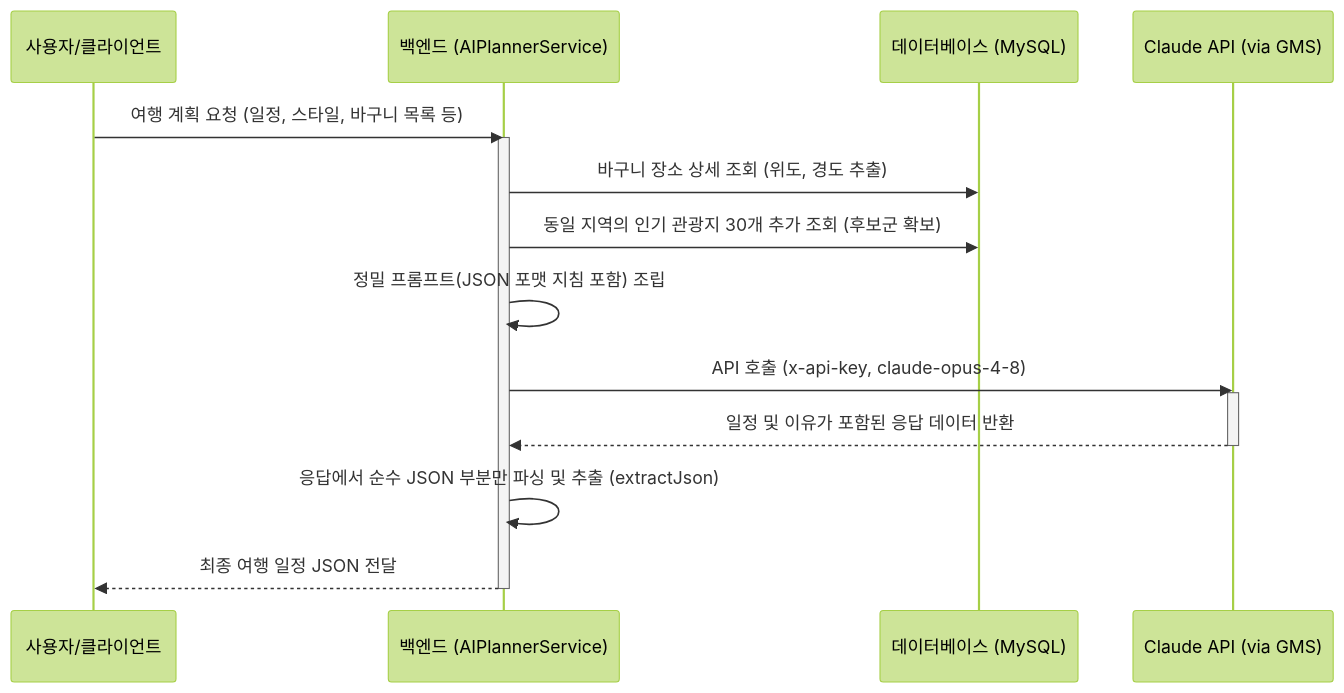
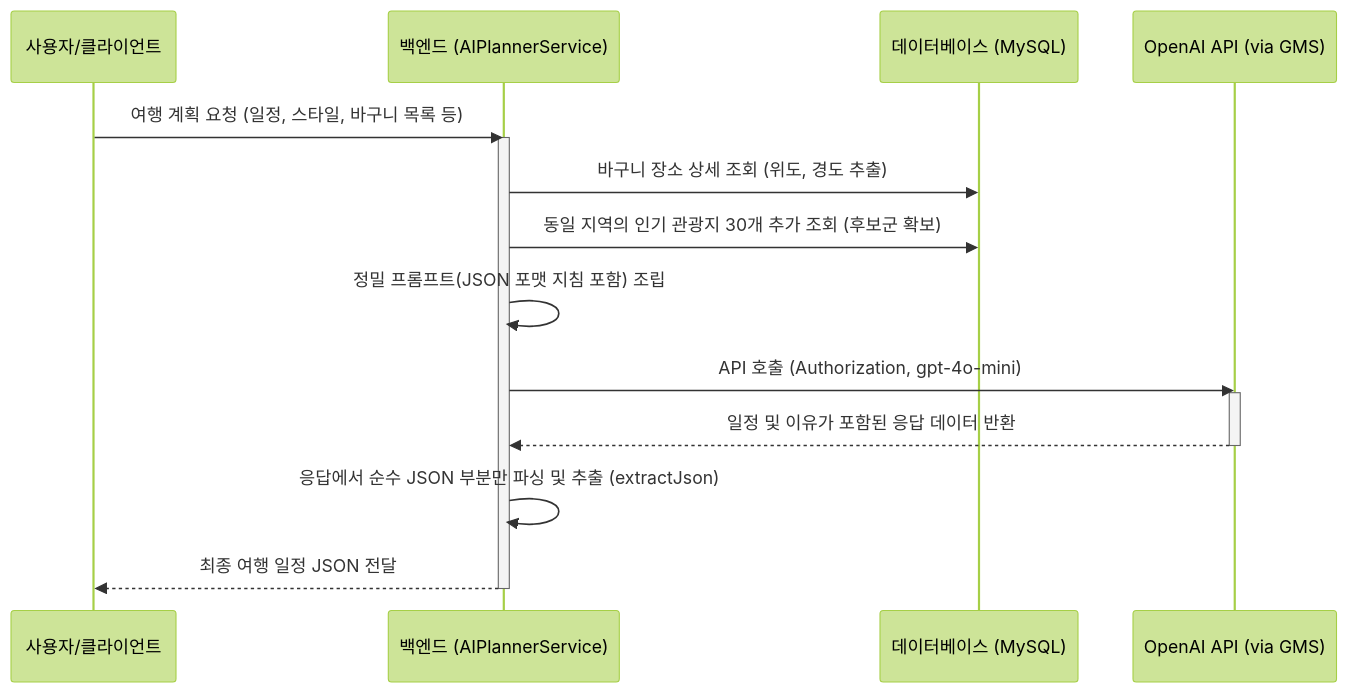
One commit to oz115/coursekok-v2 changed the second of 2 diagrams in AI_PLANNER_SERVICE.md. Above: the diagram before and after it, drawn with Mermaid (forest theme). The commit also changed other lines of this file and 4 other files, not shown here.

````diff
--- a/AI_PLANNER_SERVICE.md
+++ b/AI_PLANNER_SERVICE.md
@@ -76,20 +76,20 @@
 ```mermaid
 sequenceDiagram
     participant User as 사용자/클라이언트
     participant BE as 백엔드 (AIPlannerService)
     participant DB as 데이터베이스 (MySQL)
-    participant Claude as Claude API (via GMS)
+    participant OpenAI as OpenAI API (via GMS)
 
     User->>BE: 여행 계획 요청 (일정, 스타일, 바구니 목록 등)
     activate BE
     BE->>DB: 바구니 장소 상세 조회 (위도, 경도 추출)
     BE->>DB: 동일 지역의 인기 관광지 30개 추가 조회 (후보군 확보)
     BE->>BE: 정밀 프롬프트(JSON 포맷 지침 포함) 조립
-    BE->>Claude: API 호출 (x-api-key, claude-opus-4-8)
-    activate Claude
-    Claude-->>BE: 일정 및 이유가 포함된 응답 데이터 반환
-    deactivate Claude
+    BE->>OpenAI: API 호출 (Authorization, gpt-4o-mini)
+    activate OpenAI
+    OpenAI-->>BE: 일정 및 이유가 포함된 응답 데이터 반환
+    deactivate OpenAI
     BE->>BE: 응답에서 순수 JSON 부분만 파싱 및 추출 (extractJson)
     BE-->>User: 최종 여행 일정 JSON 전달
     deactivate BE
 ```
````
